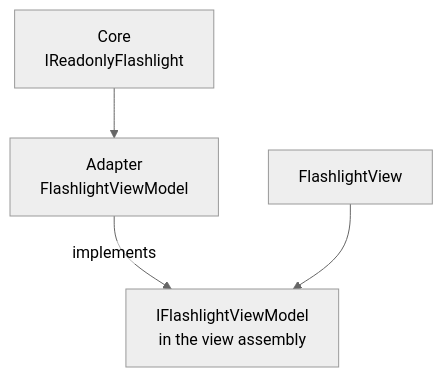
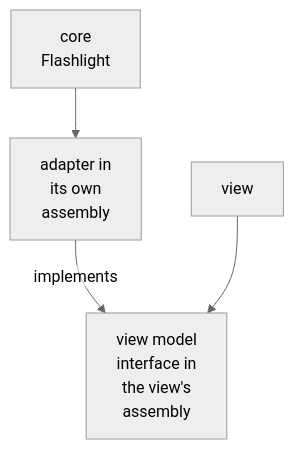
One commit to pndte/match-please changed the first of 8 diagrams in README.md. Above: the diagram before and after it, drawn with Mermaid (neutral theme). The commit also changed other lines of this file, not shown here.

````diff
--- a/README.md
+++ b/README.md
@@ -239,11 +239,11 @@
 ```mermaid
 ---
 config:
   flowchart:
     htmlLabels: false
 ---
 flowchart TB
-    Core["Core<br/>IReadonlyFlashlight"] --> Adapter["Adapter<br/>FlashlightViewModel"]
-    Adapter -->|implements| VM["IFlashlightViewModel<br/>in the view assembly"]
-    View["FlashlightView"] --> VM
+    Core["core<br/>Flashlight"] --> Adapter["adapter in<br/>its own<br/>assembly"]
+    Adapter -->|implements| VM["view model<br/>interface in<br/>the view's<br/>assembly"]
+    View["view"] --> VM
 ```
````
